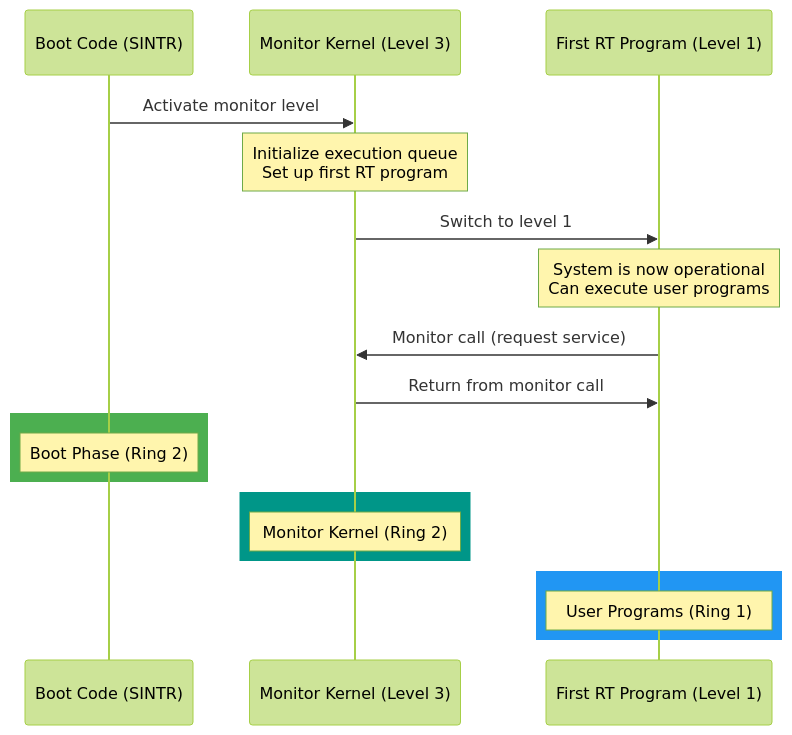
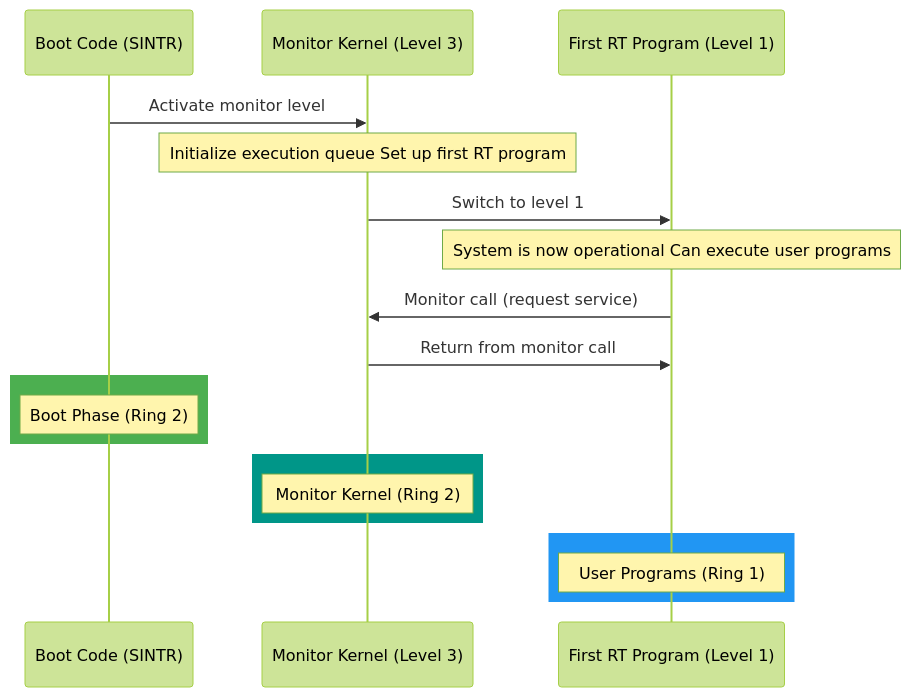
Before and after one commit to HackerCorpLabs/NDInsight: the second of 5 diagrams in SINTRAN/OS/01-BOOT-SEQUENCE.md, drawn with Mermaid (forest theme). The commit also changed other lines of this file and 19 other files, not shown here.

Commit message:
Updated Mermaid diagrams

````diff
--- a/SINTRAN/OS/01-BOOT-SEQUENCE.md
+++ b/SINTRAN/OS/01-BOOT-SEQUENCE.md
@@ -877,23 +877,23 @@
 ```mermaid
 sequenceDiagram
     participant Boot as Boot Code (SINTR)
     participant Mon as Monitor Kernel (Level 3)
     participant RT as First RT Program (Level 1)
     
     Boot->>Mon: Activate monitor level
-    Note over Mon: Initialize execution queue<br/>Set up first RT program
+    Note over Mon: Initialize execution queue Set up first RT program
     Mon->>RT: Switch to level 1
-    Note over RT: System is now operational<br/>Can execute user programs
+    Note over RT: System is now operational Can execute user programs
     RT->>Mon: Monitor call (request service)
     Mon->>RT: Return from monitor call
     
     rect rgb(76,175,80)
     Note over Boot: Boot Phase (Ring 2)
     end
     rect rgb(0,150,136)
     Note over Mon: Monitor Kernel (Ring 2)
     end
     rect rgb(33,150,243)
     Note over RT: User Programs (Ring 1)
     end
 ```
````
